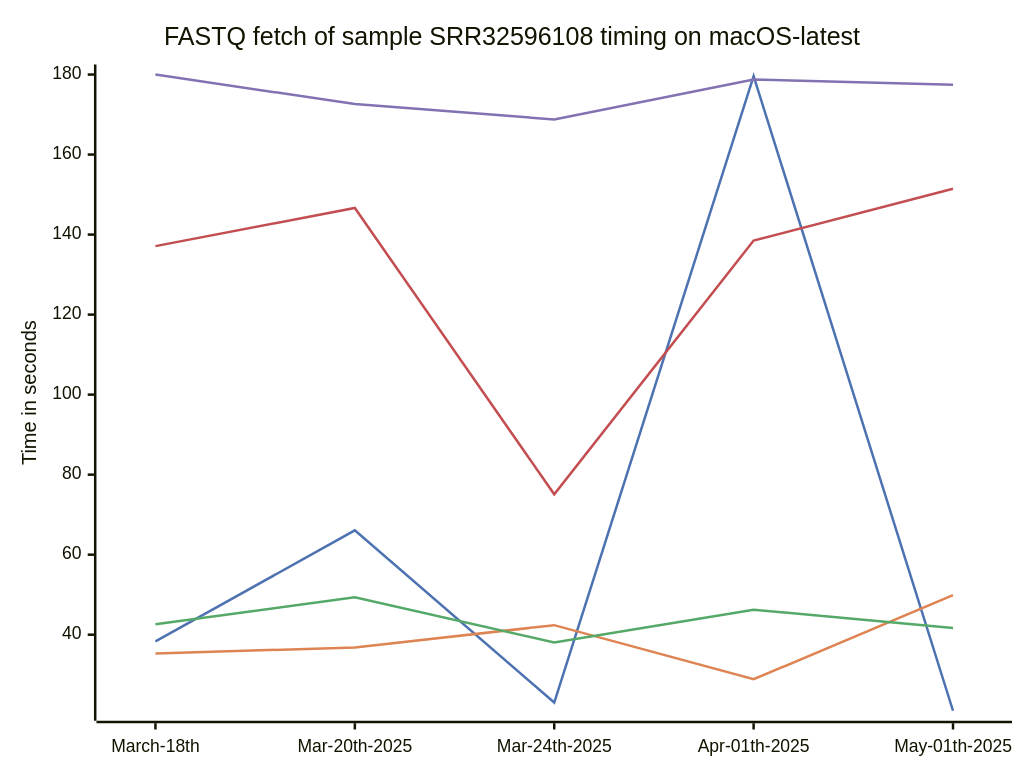
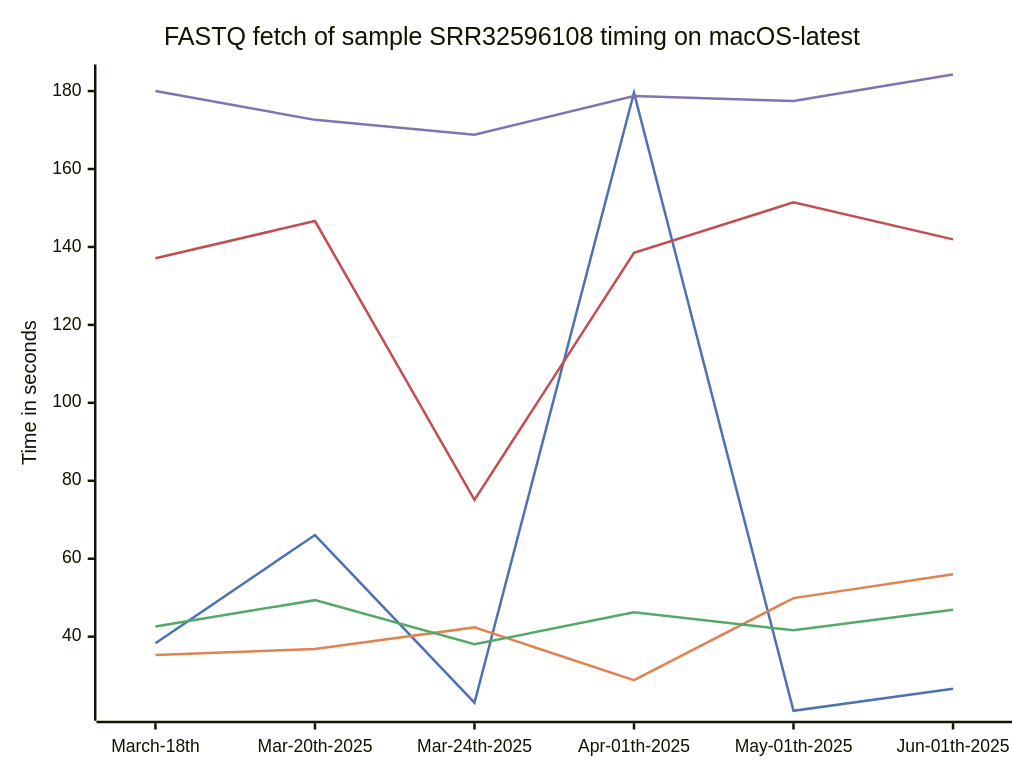
The diagram in README.md (biermanr/Download_SRA_FASTQ_Benchmarks), drawn with Mermaid before and after one commit. The commit also changed other lines of this file, not shown here.

Commit message:
Updated timings in README

````diff
--- a/README.md
+++ b/README.md
@@ -12,20 +12,20 @@
 ```mermaid
 ---
 config:
     xyChart:
         width: 800
         height: 600
     themeVariables:
         xyChart:
             plotColorPalette: "#4d72b1,#dd8452,#54a968,#c34e52,#8272b2"
 ---
 xychart-beta
     title "FASTQ fetch of sample SRR32596108 timing on macOS-latest"
-    x-axis [ March-18th, Mar-20th-2025, Mar-24th-2025, Apr-01th-2025, May-01th-2025 ]
+    x-axis [ March-18th, Mar-20th-2025, Mar-24th-2025, Apr-01th-2025, May-01th-2025, Jun-01th-2025 ]
     y-axis "Time in seconds"
-    line "aria2c_EBI_data" [ 38.31, 66.08, 23.05, 179.59, 20.99 ]
-    line "prefetch_fasterq-dump_data" [ 35.28, 36.82, 42.38, 28.86, 49.89 ]
-    line "aws_fasterq-dump_data" [ 42.61, 49.37, 38.05, 46.24, 41.65 ]
-    line "fasterq-dump_only_data" [ 137.12, 146.65, 75.08, 138.50, 151.45 ]
-    line "fastq-dump_only_data" [ 180.01, 172.61, 168.79, 178.75, 177.43 ]
+    line "aria2c_EBI_data" [ 38.31, 66.08, 23.05, 179.59, 20.99, 26.62 ]
+    line "prefetch_fasterq-dump_data" [ 35.28, 36.82, 42.38, 28.86, 49.89, 56.04 ]
+    line "aws_fasterq-dump_data" [ 42.61, 49.37, 38.05, 46.24, 41.65, 46.90 ]
+    line "fasterq-dump_only_data" [ 137.12, 146.65, 75.08, 138.50, 151.45, 141.95 ]
+    line "fastq-dump_only_data" [ 180.01, 172.61, 168.79, 178.75, 177.43, 184.25 ]
  ```
````
